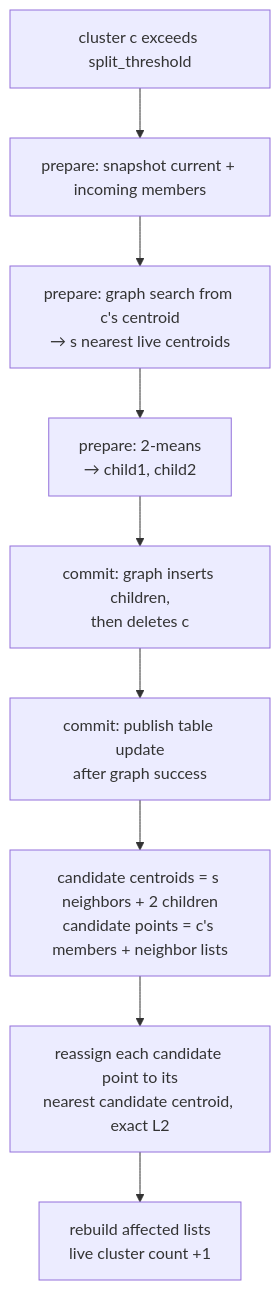
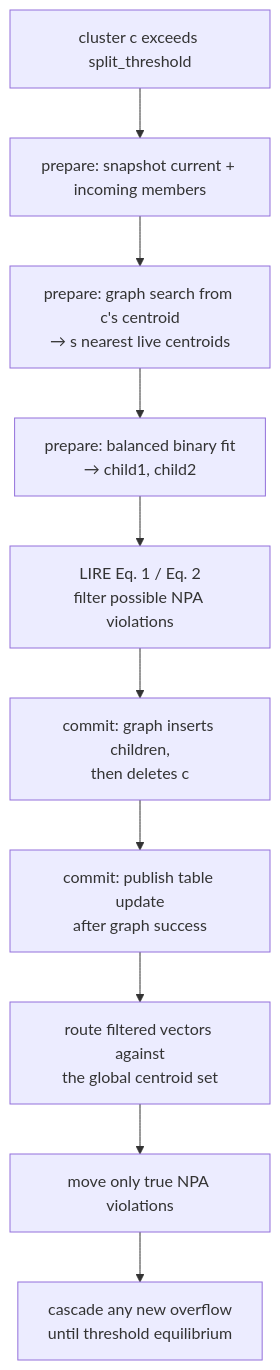
Before and after one commit to microsoft/DiskANN: the third of 4 diagrams in diskann-graphivf/ONLINE.md, drawn with Mermaid. The commit also changed other lines of this file and 8 other files, not shown here.

Commit message:
graph-ivf: implement SPFresh-style LIRE maintenance

````diff
--- a/diskann-graphivf/ONLINE.md
+++ b/diskann-graphivf/ONLINE.md
@@ -275,13 +281,14 @@
 ```mermaid
 flowchart TD
     S0["cluster c exceeds split_threshold"]
    S1["prepare: snapshot current + incoming members"]
    S2["prepare: graph search from c's centroid<br/>→ s nearest live centroids"]
-   S3["prepare: 2-means<br/>→ child1, child2"]
+    S3["prepare: balanced binary fit<br/>→ child1, child2"]
+    S35["LIRE Eq. 1 / Eq. 2<br/>filter possible NPA violations"]
    S4["commit: graph inserts children,<br/>then deletes c"]
    S45["commit: publish table update<br/>after graph success"]
-    S5["candidate centroids = s neighbors + 2 children<br/>candidate points = c's members + neighbor lists"]
-    S6["reassign each candidate point to its<br/>nearest candidate centroid, exact L2"]
-    S7["rebuild affected lists<br/>live cluster count +1"]
-      S0 --> S1 --> S2 --> S3 --> S4 --> S45 --> S5 --> S6 --> S7
+    S5["route filtered vectors against<br/>the global centroid set"]
+    S6["move only true NPA violations"]
+    S7["cascade any new overflow<br/>until threshold equilibrium"]
+      S0 --> S1 --> S2 --> S3 --> S35 --> S4 --> S45 --> S5 --> S6 --> S7
 ```
````
